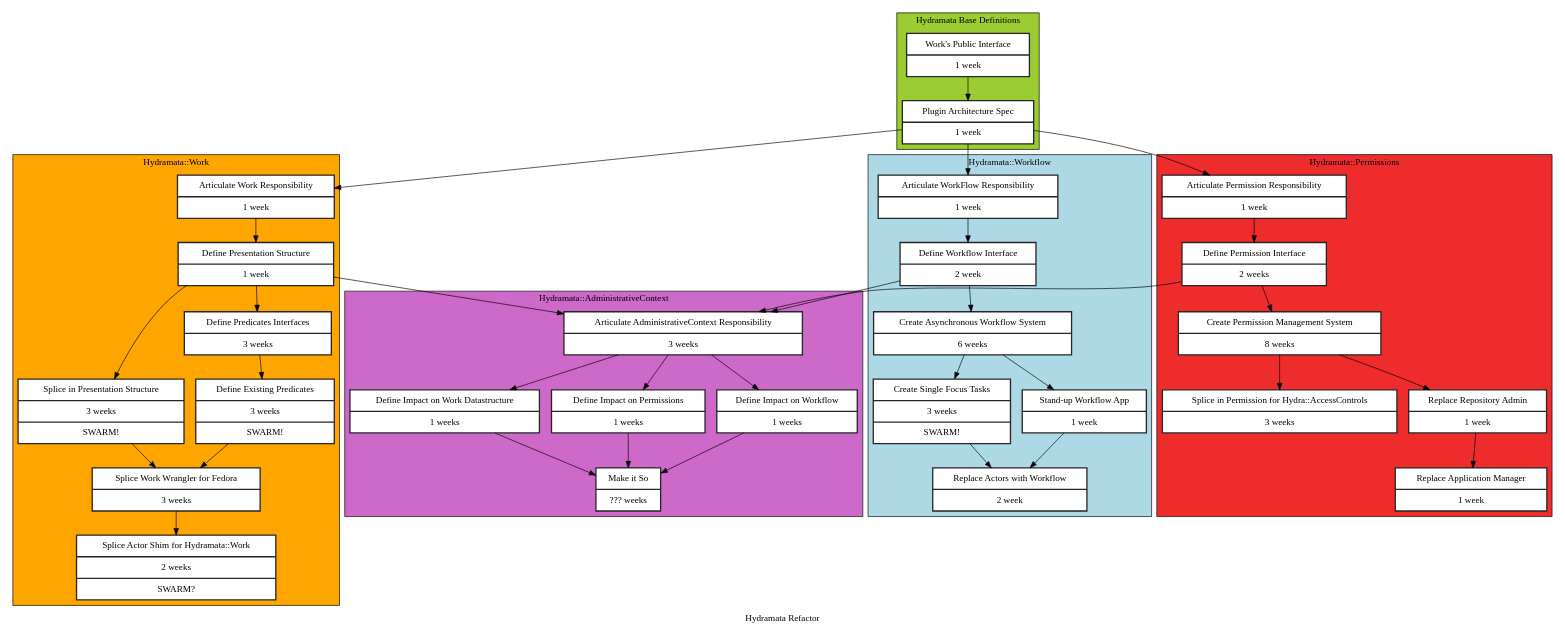
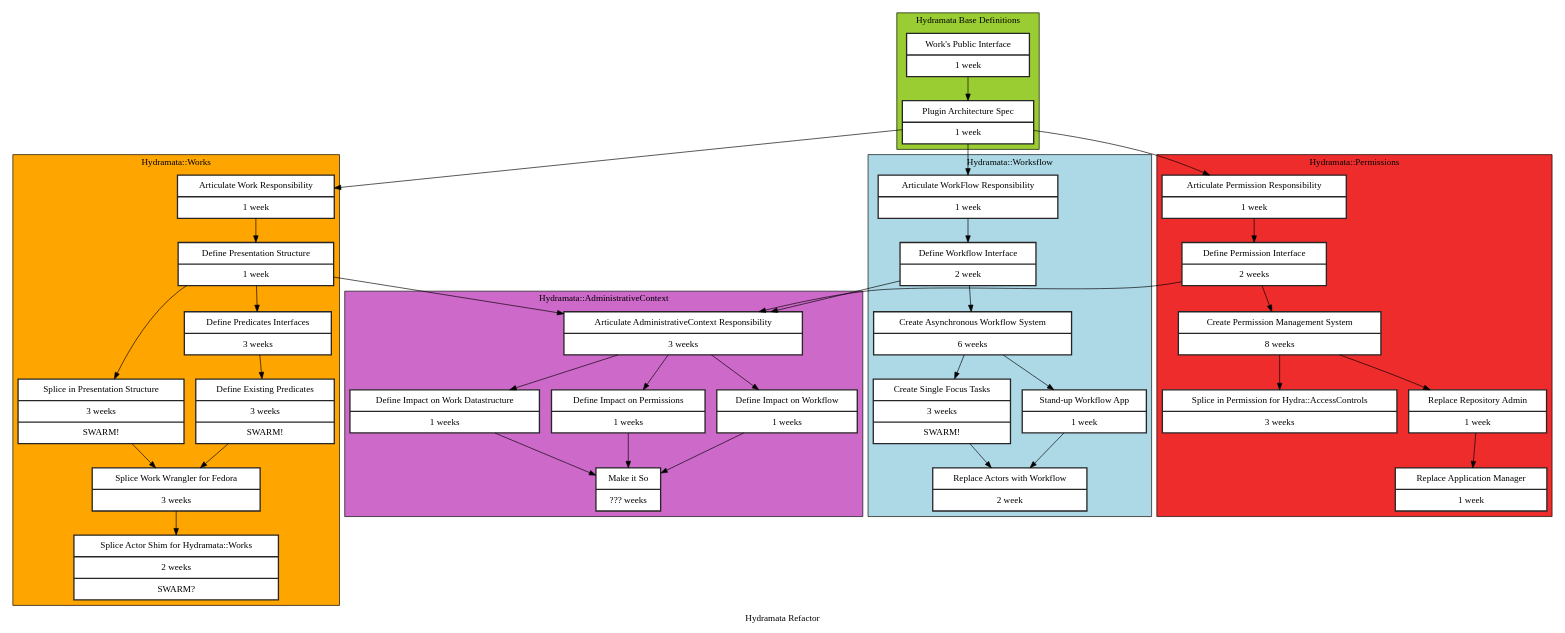
One commit to jeremyf/hydramata-works changed the diagram in documents/diagrams/hydramata-refactor-tasks.dot. Above: the diagram before and after it, drawn with Graphviz. The commit also changed 266 other files, not shown here.

First line of the commit message:
Renaming Hydramata::Work to Hydramata::Works

```diff
--- a/documents/diagrams/hydramata-refactor-tasks.dot
+++ b/documents/diagrams/hydramata-refactor-tasks.dot
@@ -1,88 +1,88 @@
 digraph "G" {
     label="Hydramata Refactor"
     compound=true;
     node[color="grey15" fillcolor=white style=filled shape=record penwidth=2 margin="0.15, 0.125"];
 
     subgraph cluster_1 {
       label="Hydramata Base Definitions"
       fillcolor=olivedrab3
       style=filled
       define_works_public_interface[label="{ Work's Public Interface | 1 week }"]
       define_plugin_architecture_spec[label="{ Plugin Architecture Spec | 1 week }"]
     }
 
     subgraph cluster_2 {
-      label="Hydramata::Work"
+      label="Hydramata::Works"
       fillcolor=orange
       style=filled
       articulate_work_responsibility[label="{Articulate Work Responsibility | 1 week }"]
       define_presentation_structure[label="{ Define Presentation Structure | 1 week }"]
       splice_presentation_structure[label="{ Splice in Presentation Structure | 3 weeks | SWARM! }"]
       define_predicate_interfaces[label="{ Define Predicates Interfaces | 3 weeks }"]
       define_existing_predicates[label="{ Define Existing Predicates | 3 weeks | SWARM! }"]
       splice_work_wrangler[label="{ Splice Work Wrangler for Fedora | 3 weeks }"]
-      splice_actor_shim[label="{ Splice Actor Shim for Hydramata::Work | 2 weeks | SWARM? }"]
+      splice_actor_shim[label="{ Splice Actor Shim for Hydramata::Works | 2 weeks | SWARM? }"]
     }
 
     subgraph cluster_3 {
-      label="Hydramata::Workflow"
+      label="Hydramata::Worksflow"
       fillcolor=lightblue
       style=filled
       articulate_workflow_responsibility[label="{Articulate WorkFlow Responsibility | 1 week }"]
       define_workflow_interface[label="{Define Workflow Interface | 2 week }"]
       create_asynchronous_workflow[label="{ Create Asynchronous Workflow System | 6 weeks }"]
       create_exsting_tasks[label="{ Create Single Focus Tasks | 3 weeks | SWARM! }"]
       stand_up_workflow_app[label="{ Stand-up Workflow App | 1 week }"]
       replace_existing_actors[label="{ Replace Actors with Workflow | 2 week }"]
     }
 
     subgraph cluster_4 {
       label="Hydramata::Permissions"
       fillcolor=firebrick2
       style=filled
       articulate_permission_responsibility[label="{ Articulate Permission Responsibility | 1 week }"]
       define_permission_interface[label="{ Define Permission Interface | 2 weeks }"]
       define_permission_management_system[label="{ Create Permission Management System | 8 weeks }"]
       splice_in_hacl[label="{ Splice in Permission for Hydra::AccessControls | 3 weeks }"]
       replace_repository_admin[label="{ Replace Repository Admin | 1 week }"]
       replace_application_manager[label="{ Replace Application Manager | 1 week }"]
     }
 
     subgraph cluster_5 {
       label="Hydramata::AdministrativeContext"
       fillcolor=orchid3
       style=filled
       articulate_administrative_context_responsibility[label="{ Articulate AdministrativeContext Responsibility | 3 weeks }"]
       define_impact_on_work[label="{ Define Impact on Work Datastructure | 1 weeks }"]
       define_impact_on_permissions[label="{ Define Impact on Permissions | 1 weeks }"]
       define_impact_on_workflow[label="{ Define Impact on Workflow | 1 weeks }"]
       make_it_so[label="{ Make it So | ??? weeks }"]
     }
 
     define_works_public_interface -> define_plugin_architecture_spec
     define_plugin_architecture_spec -> articulate_work_responsibility -> define_presentation_structure
     define_plugin_architecture_spec -> articulate_permission_responsibility -> define_permission_interface
     define_plugin_architecture_spec -> articulate_workflow_responsibility -> define_workflow_interface -> create_asynchronous_workflow
 
     define_presentation_structure -> articulate_administrative_context_responsibility
     define_permission_interface -> articulate_administrative_context_responsibility
     define_workflow_interface -> articulate_administrative_context_responsibility
     articulate_administrative_context_responsibility -> define_impact_on_work -> make_it_so
     articulate_administrative_context_responsibility -> define_impact_on_workflow -> make_it_so
     articulate_administrative_context_responsibility -> define_impact_on_permissions -> make_it_so
 
     define_permission_interface -> define_permission_management_system
     define_permission_management_system -> replace_repository_admin
     replace_repository_admin -> replace_application_manager
     define_permission_management_system -> splice_in_hacl
     define_presentation_structure -> splice_presentation_structure
     define_presentation_structure -> define_predicate_interfaces
     define_predicate_interfaces -> define_existing_predicates
     splice_presentation_structure -> splice_work_wrangler
     define_existing_predicates -> splice_work_wrangler
     splice_work_wrangler -> splice_actor_shim
     create_asynchronous_workflow -> create_exsting_tasks
     create_asynchronous_workflow -> stand_up_workflow_app
     stand_up_workflow_app -> replace_existing_actors
     create_exsting_tasks -> replace_existing_actors
 }
```
